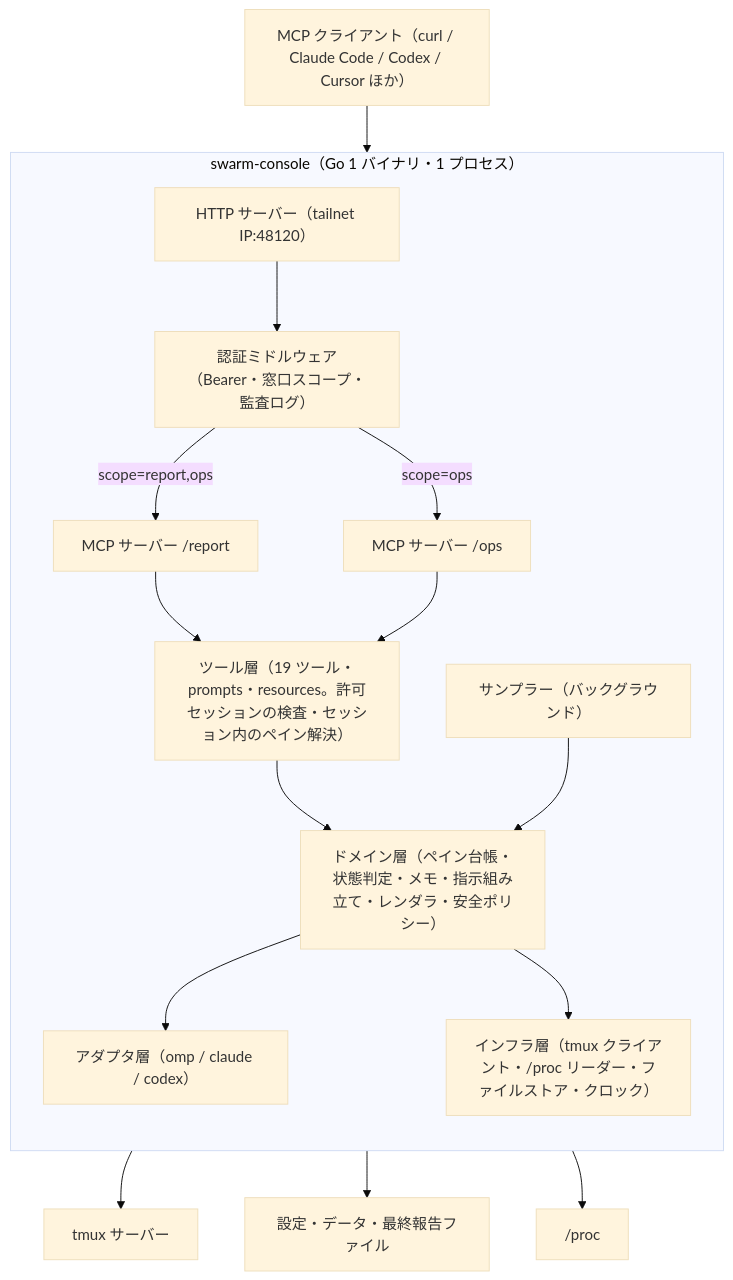
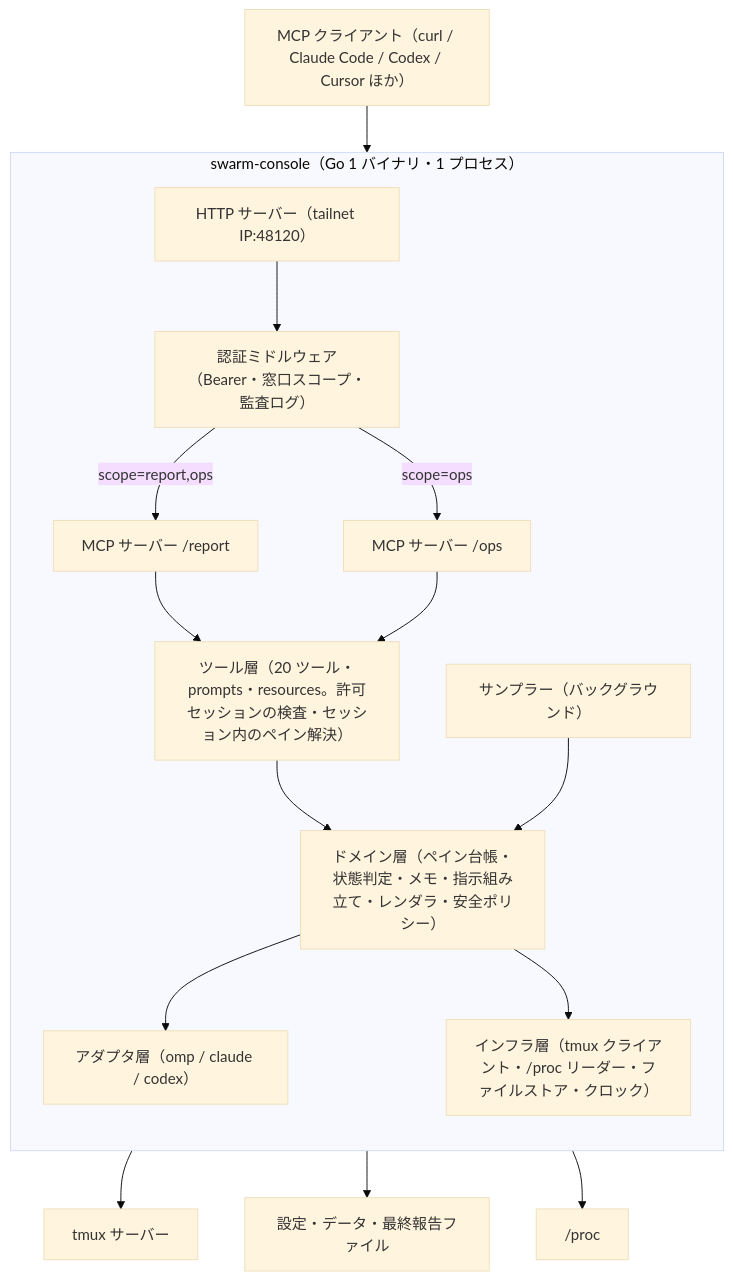
One commit to ousiassllc/swarm-console changed the first of 6 diagrams in docs/architecture/overview.md. Above: the diagram before and after it, drawn with Mermaid (base theme). The commit also changed other lines of this file and 8 other files, not shown here.

````diff
--- a/docs/architecture/overview.md
+++ b/docs/architecture/overview.md
@@ -13,34 +13,34 @@
 ```mermaid
 graph TD
     C1["MCP クライアント（curl / Claude Code / Codex / Cursor ほか）"]
 
     subgraph Proc["swarm-console（Go 1 バイナリ・1 プロセス）"]
         direction TB
         HTTP["HTTP サーバー（tailnet IP:48120）"]
         AUTH["認証ミドルウェア（Bearer・窓口スコープ・監査ログ）"]
         MCPR["MCP サーバー /report"]
         MCPO["MCP サーバー /ops"]
-        TOOLS["ツール層（19 ツール・prompts・resources。許可セッションの検査・セッション内のペイン解決）"]
+        TOOLS["ツール層（20 ツール・prompts・resources。許可セッションの検査・セッション内のペイン解決）"]
         DOM["ドメイン層（ペイン台帳・状態判定・メモ・指示組み立て・レンダラ・安全ポリシー）"]
         AD["アダプタ層（omp / claude / codex）"]
         INF["インフラ層（tmux クライアント・/proc リーダー・ファイルストア・クロック）"]
         SAMP["サンプラー（バックグラウンド）"]
     end
 
     TM["tmux サーバー"]
     FS["設定・データ・最終報告ファイル"]
     PROC["/proc"]
 
     C1 --> HTTP --> AUTH
     AUTH -->|scope=report,ops| MCPR
     AUTH -->|scope=ops| MCPO
     MCPR --> TOOLS
     MCPO --> TOOLS
     TOOLS --> DOM
     DOM --> AD
     DOM --> INF
     SAMP --> DOM
     INF --> TM
     INF --> FS
     INF --> PROC
 ```
````
